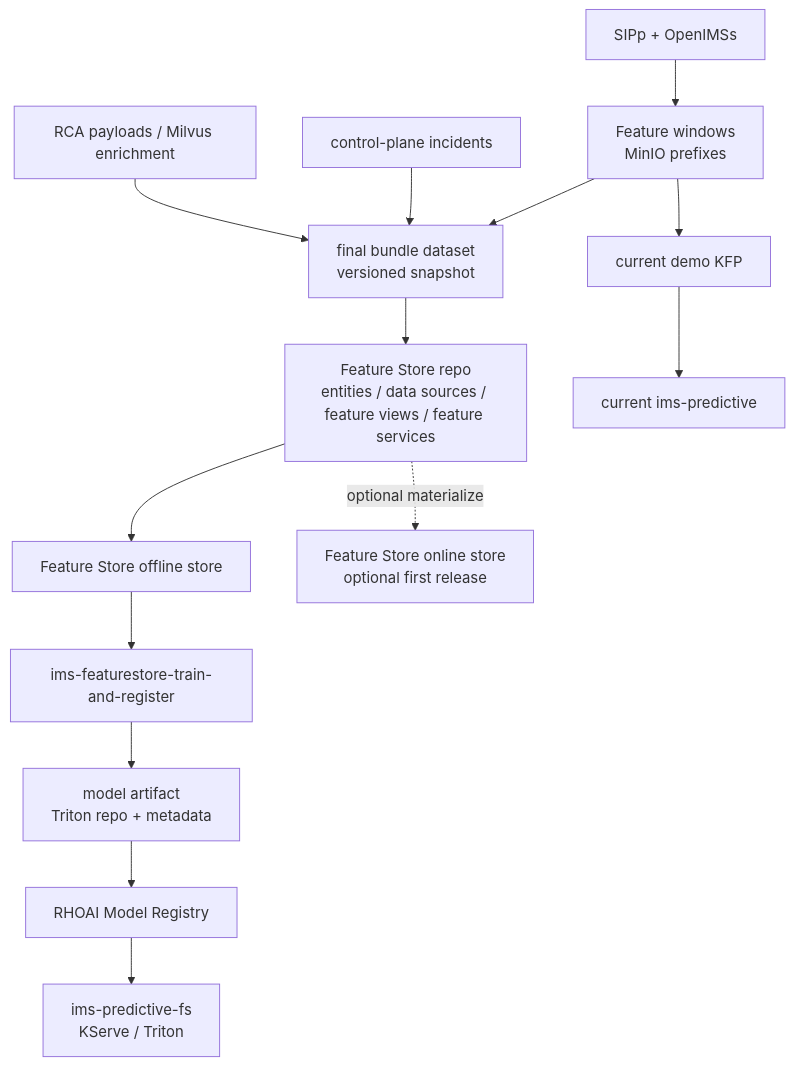
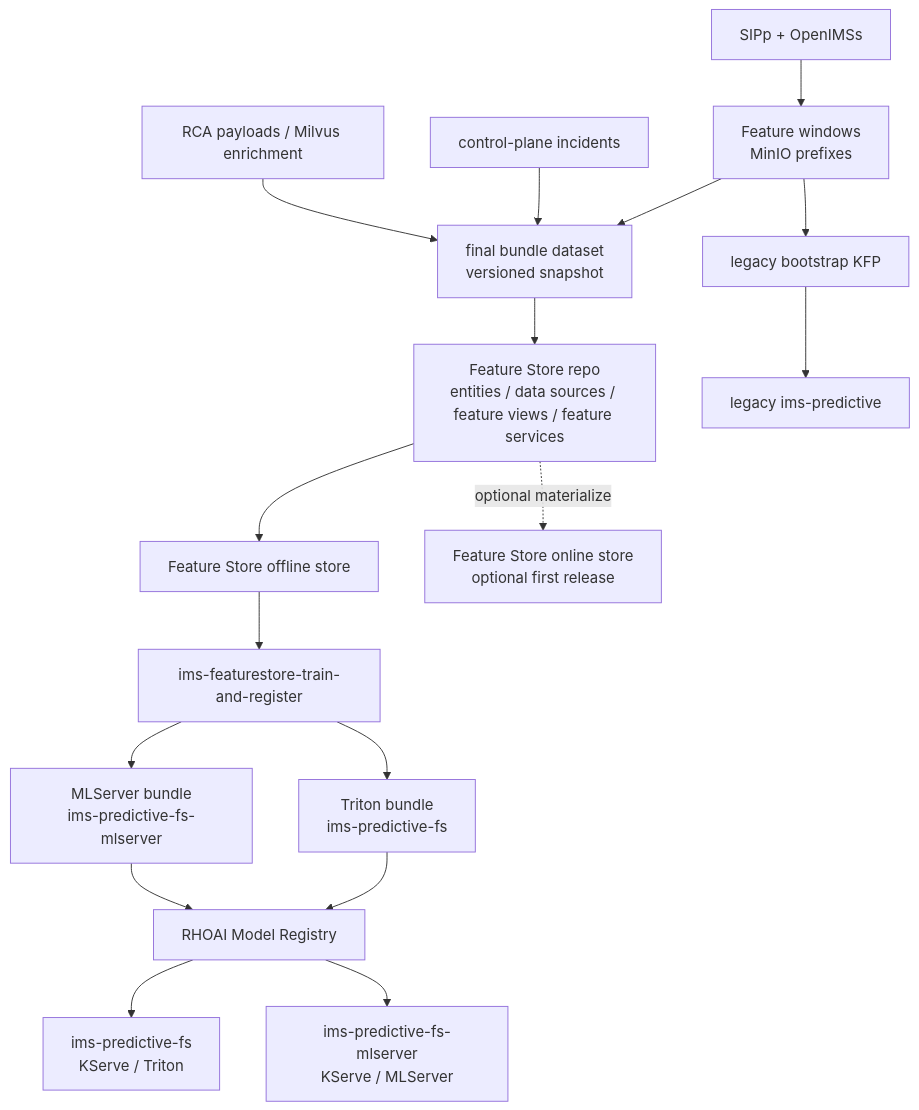
The diagram in docs/architecture/feature-store-training-path.md (rh-telco-tigers/Autonomous-Network-Intelligence-Anomaly-Detection-with-Red-Hat-OpenShift-AI), drawn with Mermaid before and after one commit. The commit also changed other lines of this file and 51 other files, not shown here.

````diff
--- a/docs/architecture/feature-store-training-path.md
+++ b/docs/architecture/feature-store-training-path.md
@@ -89,37 +92,42 @@
 ```mermaid
 flowchart TD
   SIPP["SIPp + OpenIMSs"]
   Windows["Feature windows<br/>MinIO prefixes"]
   Incidents["control-plane incidents"]
   RCA["RCA payloads / Milvus enrichment"]
 
   Bundle["final bundle dataset<br/>versioned snapshot"]
   FSRepo["Feature Store repo<br/>entities / data sources / feature views / feature services"]
   Offline["Feature Store offline store"]
   Online["Feature Store online store<br/>optional first release"]
 
   NewKFP["ims-featurestore-train-and-register"]
-  Artifact["model artifact<br/>Triton repo + metadata"]
+  ArtifactT["Triton bundle<br/>ims-predictive-fs"]
+  ArtifactM["MLServer bundle<br/>ims-predictive-fs-mlserver"]
   MR["RHOAI Model Registry"]
-  Serve["ims-predictive-fs<br/>KServe / Triton"]
+  ServeT["ims-predictive-fs<br/>KServe / Triton"]
+  ServeM["ims-predictive-fs-mlserver<br/>KServe / MLServer"]
 
-  CurrentKFP["current demo KFP"]
-  CurrentServe["current ims-predictive"]
+  CurrentKFP["legacy bootstrap KFP"]
+  CurrentServe["legacy ims-predictive"]
 
   SIPP --> Windows
   Windows --> Bundle
   Incidents --> Bundle
   RCA --> Bundle
 
   Bundle --> FSRepo
   FSRepo --> Offline
   FSRepo -. optional materialize .-> Online
 
   Offline --> NewKFP
-  NewKFP --> Artifact
-  Artifact --> MR
-  MR --> Serve
+  NewKFP --> ArtifactT
+  NewKFP --> ArtifactM
+  ArtifactT --> MR
+  ArtifactM --> MR
+  MR --> ServeT
+  MR --> ServeM
 
   Windows --> CurrentKFP
   CurrentKFP --> CurrentServe
 ```
````
